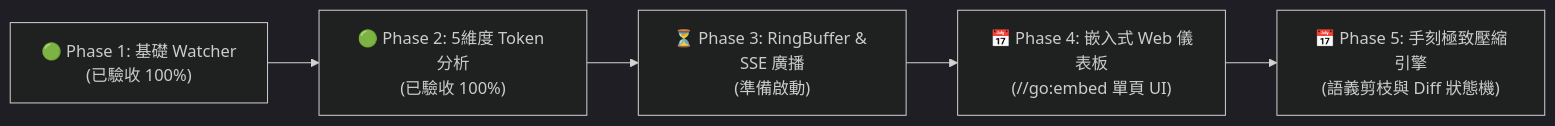
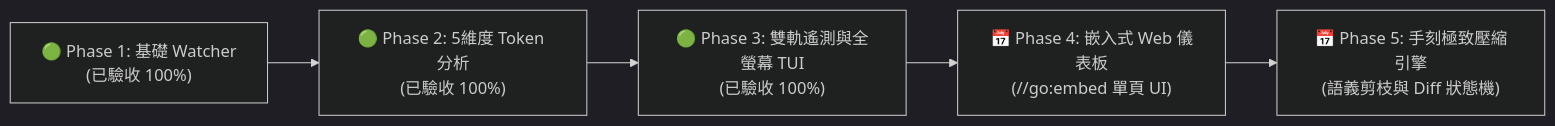
Before and after one commit to daniel-yang1739/Hemidall: the diagram in docs/02_wiki/03_planning/04_Phased_Implementation_Roadmap.md, drawn with Mermaid (dark theme). The commit also changed other lines of this file and 22 other files, not shown here.

````diff
--- a/docs/02_wiki/03_planning/04_Phased_Implementation_Roadmap.md
+++ b/docs/02_wiki/03_planning/04_Phased_Implementation_Roadmap.md
@@ -17,7 +17,7 @@
 ```mermaid
 flowchart LR
     P1["🟢 Phase 1: 基礎 Watcher<br/>(已驗收 100%)"] --> P2["🟢 Phase 2: 5維度 Token 分析<br/>(已驗收 100%)"]
-    P2 --> P3["⏳ Phase 3: RingBuffer & SSE 廣播<br/>(準備啟動)"]
+    P2 --> P3["🟢 Phase 3: 雙軌遙測與全螢幕 TUI<br/>(已驗收 100%)"]
     P3 --> P4["📅 Phase 4: 嵌入式 Web 儀表板<br/>(//go:embed 單頁 UI)"]
     P4 --> P5["📅 Phase 5: 手刻極致壓縮引擎<br/>(語義剪枝與 Diff 狀態機)"]
 ```
````
